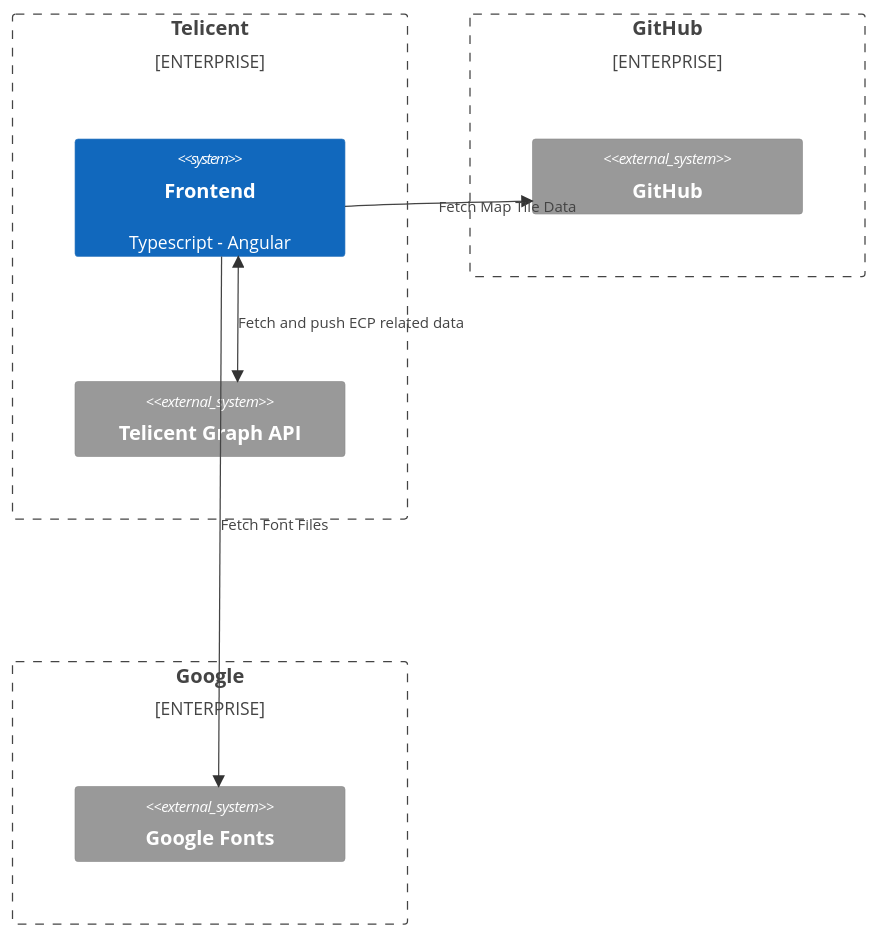
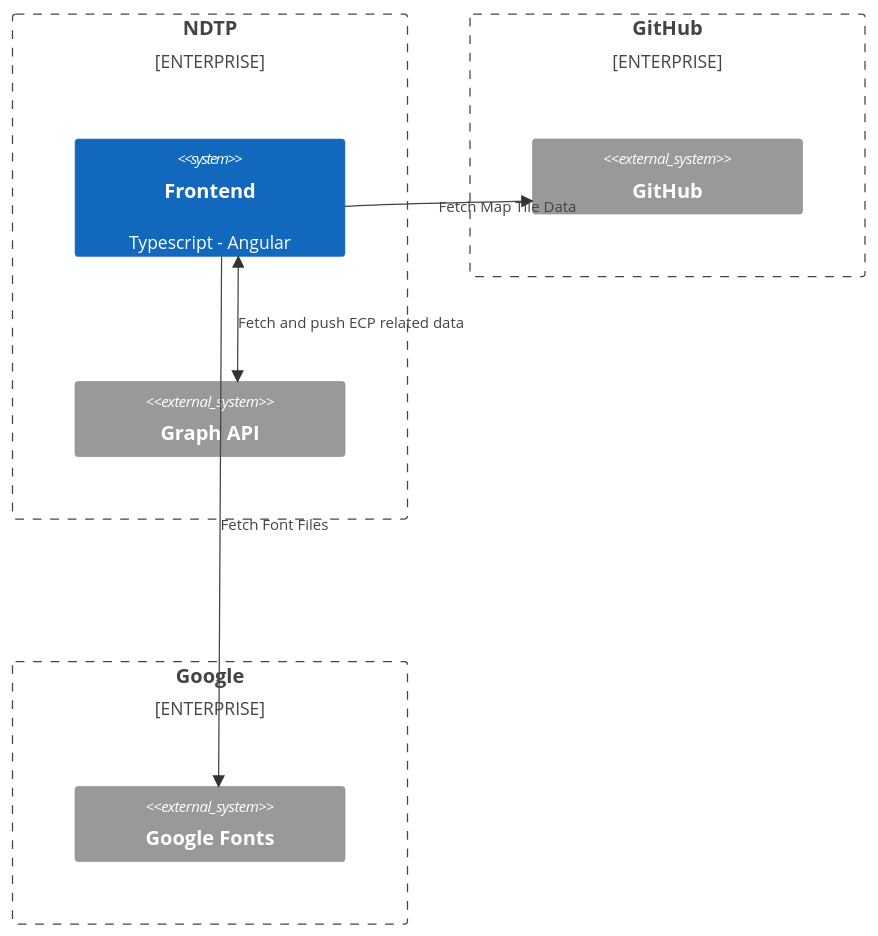
The second of 3 diagrams in SCI.md (National-Digital-Twin/IRIS-visualisation), drawn with Mermaid before and after one commit. The commit also changed other lines of this file and 3 other files, not shown here.

````diff
--- a/SCI.md
+++ b/SCI.md
@@ -70,19 +70,19 @@
 ```mermaid
 C4Context
-  Enterprise_Boundary(telicent, "Telicent") {
+  Enterprise_Boundary(ndtp, "NDTP") {
     System(frontend, "Frontend", "Typescript - Angular")
-    System_Ext(graph-api, "Telicent Graph API")
+    System_Ext(graph-api, "Graph API")
   }
 
   Enterprise_Boundary(github, "GitHub") {
     System_Ext(github, "GitHub")
   }
 
   Enterprise_Boundary(google, "Google") {
     System_Ext(google_fonts, "Google Fonts")
   }
 
   BiRel(frontend, graph-api, "Fetch and push ECP related data")
   Rel(frontend, github, "Fetch Map Tile Data")
   Rel(frontend, google_fonts, "Fetch Font Files")
 ```
````
